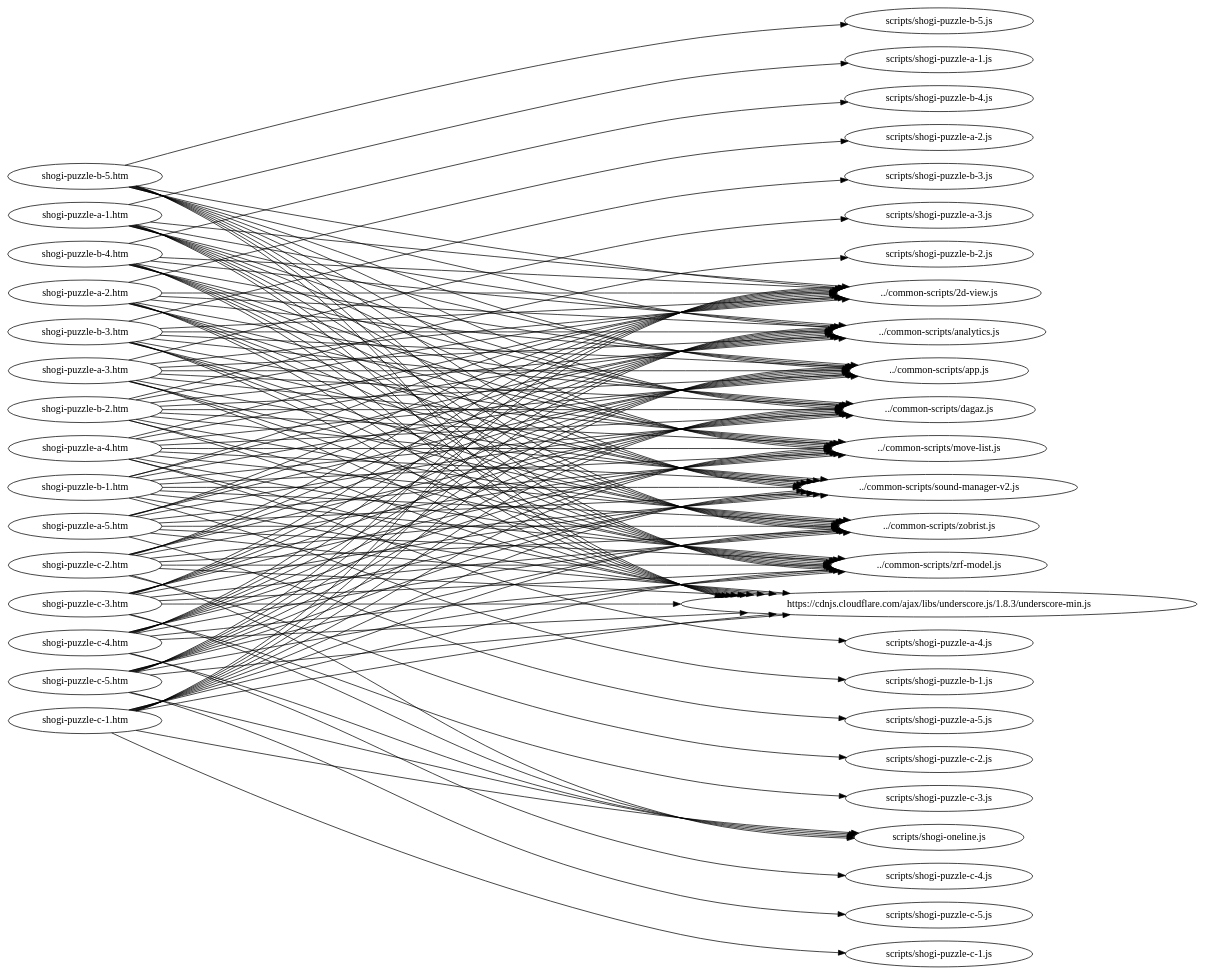
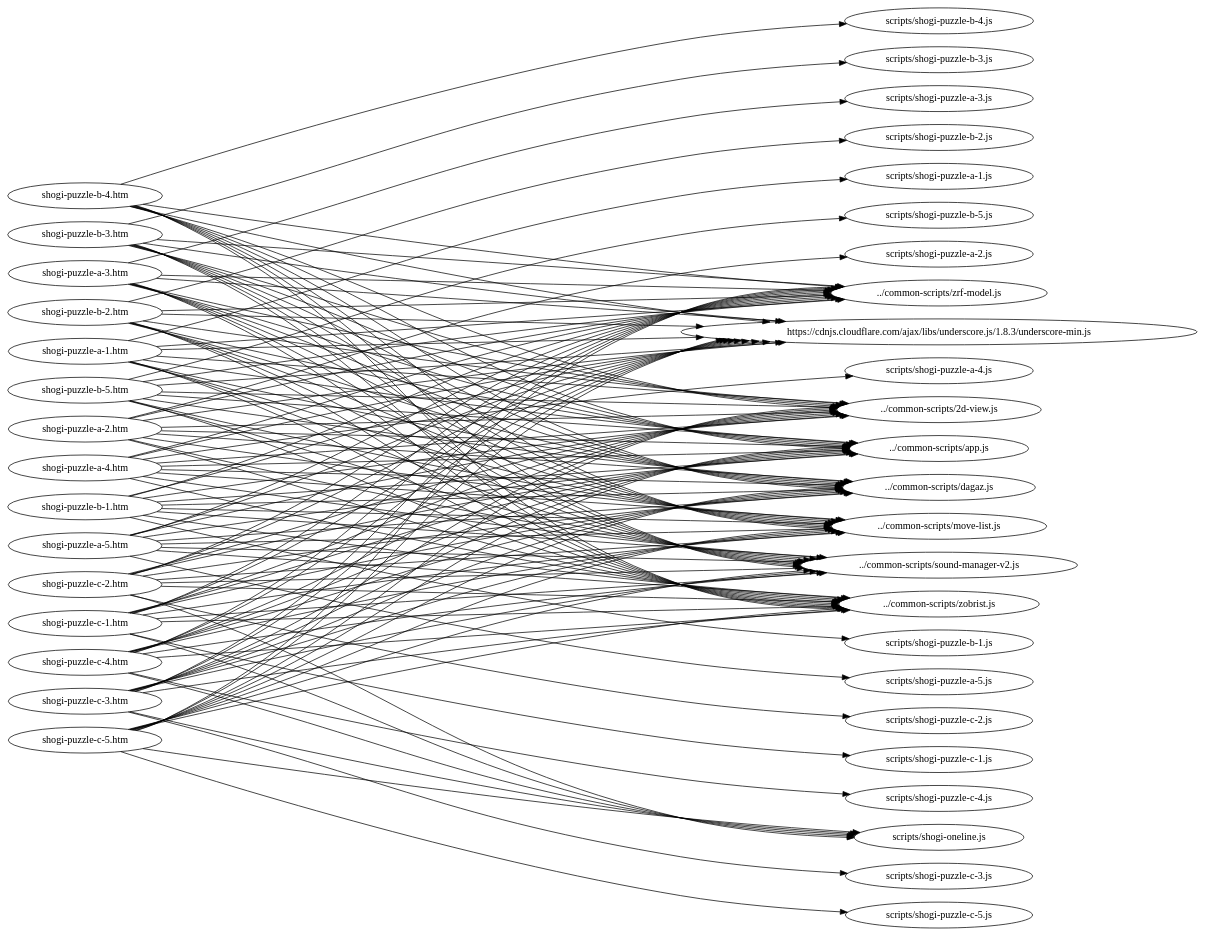
Before and after one commit to stepney141/GlukKazan.github.io: the diagram in refactor-utils/dot/shogi-puzzles.dot, drawn with Graphviz. The commit also changed 49 other files, not shown here.

```diff
--- a/refactor-utils/dot/shogi-puzzles.dot
+++ b/refactor-utils/dot/shogi-puzzles.dot
@@ -1,158 +1,143 @@
 digraph "graph" {
 graph[ ranksep=10, rankdir = LR ];
   "shogi-puzzle-a-1.htm" -> "../common-scripts/2d-view.js";
-  "shogi-puzzle-a-1.htm" -> "../common-scripts/analytics.js";
   "shogi-puzzle-a-1.htm" -> "../common-scripts/app.js";
   "shogi-puzzle-a-1.htm" -> "../common-scripts/dagaz.js";
   "shogi-puzzle-a-1.htm" -> "../common-scripts/move-list.js";
   "shogi-puzzle-a-1.htm" -> "../common-scripts/sound-manager-v2.js";
   "shogi-puzzle-a-1.htm" -> "../common-scripts/zobrist.js";
   "shogi-puzzle-a-1.htm" -> "../common-scripts/zrf-model.js";
   "shogi-puzzle-a-1.htm" -> "https://cdnjs.cloudflare.com/ajax/libs/underscore.js/1.8.3/underscore-min.js";
   "shogi-puzzle-a-1.htm" -> "scripts/shogi-puzzle-a-1.js";
   "shogi-puzzle-a-2.htm" -> "../common-scripts/2d-view.js";
-  "shogi-puzzle-a-2.htm" -> "../common-scripts/analytics.js";
   "shogi-puzzle-a-2.htm" -> "../common-scripts/app.js";
   "shogi-puzzle-a-2.htm" -> "../common-scripts/dagaz.js";
   "shogi-puzzle-a-2.htm" -> "../common-scripts/move-list.js";
   "shogi-puzzle-a-2.htm" -> "../common-scripts/sound-manager-v2.js";
   "shogi-puzzle-a-2.htm" -> "../common-scripts/zobrist.js";
   "shogi-puzzle-a-2.htm" -> "../common-scripts/zrf-model.js";
   "shogi-puzzle-a-2.htm" -> "https://cdnjs.cloudflare.com/ajax/libs/underscore.js/1.8.3/underscore-min.js";
   "shogi-puzzle-a-2.htm" -> "scripts/shogi-puzzle-a-2.js";
   "shogi-puzzle-a-3.htm" -> "../common-scripts/2d-view.js";
-  "shogi-puzzle-a-3.htm" -> "../common-scripts/analytics.js";
   "shogi-puzzle-a-3.htm" -> "../common-scripts/app.js";
   "shogi-puzzle-a-3.htm" -> "../common-scripts/dagaz.js";
   "shogi-puzzle-a-3.htm" -> "../common-scripts/move-list.js";
   "shogi-puzzle-a-3.htm" -> "../common-scripts/sound-manager-v2.js";
   "shogi-puzzle-a-3.htm" -> "../common-scripts/zobrist.js";
   "shogi-puzzle-a-3.htm" -> "../common-scripts/zrf-model.js";
   "shogi-puzzle-a-3.htm" -> "https://cdnjs.cloudflare.com/ajax/libs/underscore.js/1.8.3/underscore-min.js";
   "shogi-puzzle-a-3.htm" -> "scripts/shogi-puzzle-a-3.js";
   "shogi-puzzle-a-4.htm" -> "../common-scripts/2d-view.js";
-  "shogi-puzzle-a-4.htm" -> "../common-scripts/analytics.js";
   "shogi-puzzle-a-4.htm" -> "../common-scripts/app.js";
   "shogi-puzzle-a-4.htm" -> "../common-scripts/dagaz.js";
   "shogi-puzzle-a-4.htm" -> "../common-scripts/move-list.js";
   "shogi-puzzle-a-4.htm" -> "../common-scripts/sound-manager-v2.js";
   "shogi-puzzle-a-4.htm" -> "../common-scripts/zobrist.js";
   "shogi-puzzle-a-4.htm" -> "../common-scripts/zrf-model.js";
   "shogi-puzzle-a-4.htm" -> "https://cdnjs.cloudflare.com/ajax/libs/underscore.js/1.8.3/underscore-min.js";
   "shogi-puzzle-a-4.htm" -> "scripts/shogi-puzzle-a-4.js";
   "shogi-puzzle-a-5.htm" -> "../common-scripts/2d-view.js";
-  "shogi-puzzle-a-5.htm" -> "../common-scripts/analytics.js";
   "shogi-puzzle-a-5.htm" -> "../common-scripts/app.js";
   "shogi-puzzle-a-5.htm" -> "../common-scripts/dagaz.js";
   "shogi-puzzle-a-5.htm" -> "../common-scripts/move-list.js";
   "shogi-puzzle-a-5.htm" -> "../common-scripts/sound-manager-v2.js";
   "shogi-puzzle-a-5.htm" -> "../common-scripts/zobrist.js";
   "shogi-puzzle-a-5.htm" -> "../common-scripts/zrf-model.js";
   "shogi-puzzle-a-5.htm" -> "https://cdnjs.cloudflare.com/ajax/libs/underscore.js/1.8.3/underscore-min.js";
   "shogi-puzzle-a-5.htm" -> "scripts/shogi-puzzle-a-5.js";
   "shogi-puzzle-b-1.htm" -> "../common-scripts/2d-view.js";
-  "shogi-puzzle-b-1.htm" -> "../common-scripts/analytics.js";
   "shogi-puzzle-b-1.htm" -> "../common-scripts/app.js";
   "shogi-puzzle-b-1.htm" -> "../common-scripts/dagaz.js";
   "shogi-puzzle-b-1.htm" -> "../common-scripts/move-list.js";
   "shogi-puzzle-b-1.htm" -> "../common-scripts/sound-manager-v2.js";
   "shogi-puzzle-b-1.htm" -> "../common-scripts/zobrist.js";
   "shogi-puzzle-b-1.htm" -> "../common-scripts/zrf-model.js";
   "shogi-puzzle-b-1.htm" -> "https://cdnjs.cloudflare.com/ajax/libs/underscore.js/1.8.3/underscore-min.js";
   "shogi-puzzle-b-1.htm" -> "scripts/shogi-puzzle-b-1.js";
   "shogi-puzzle-b-2.htm" -> "../common-scripts/2d-view.js";
-  "shogi-puzzle-b-2.htm" -> "../common-scripts/analytics.js";
   "shogi-puzzle-b-2.htm" -> "../common-scripts/app.js";
   "shogi-puzzle-b-2.htm" -> "../common-scripts/dagaz.js";
   "shogi-puzzle-b-2.htm" -> "../common-scripts/move-list.js";
   "shogi-puzzle-b-2.htm" -> "../common-scripts/sound-manager-v2.js";
   "shogi-puzzle-b-2.htm" -> "../common-scripts/zobrist.js";
   "shogi-puzzle-b-2.htm" -> "../common-scripts/zrf-model.js";
   "shogi-puzzle-b-2.htm" -> "https://cdnjs.cloudflare.com/ajax/libs/underscore.js/1.8.3/underscore-min.js";
   "shogi-puzzle-b-2.htm" -> "scripts/shogi-puzzle-b-2.js";
   "shogi-puzzle-b-3.htm" -> "../common-scripts/2d-view.js";
-  "shogi-puzzle-b-3.htm" -> "../common-scripts/analytics.js";
   "shogi-puzzle-b-3.htm" -> "../common-scripts/app.js";
   "shogi-puzzle-b-3.htm" -> "../common-scripts/dagaz.js";
   "shogi-puzzle-b-3.htm" -> "../common-scripts/move-list.js";
   "shogi-puzzle-b-3.htm" -> "../common-scripts/sound-manager-v2.js";
   "shogi-puzzle-b-3.htm" -> "../common-scripts/zobrist.js";
   "shogi-puzzle-b-3.htm" -> "../common-scripts/zrf-model.js";
   "shogi-puzzle-b-3.htm" -> "https://cdnjs.cloudflare.com/ajax/libs/underscore.js/1.8.3/underscore-min.js";
   "shogi-puzzle-b-3.htm" -> "scripts/shogi-puzzle-b-3.js";
   "shogi-puzzle-b-4.htm" -> "../common-scripts/2d-view.js";
-  "shogi-puzzle-b-4.htm" -> "../common-scripts/analytics.js";
   "shogi-puzzle-b-4.htm" -> "../common-scripts/app.js";
   "shogi-puzzle-b-4.htm" -> "../common-scripts/dagaz.js";
   "shogi-puzzle-b-4.htm" -> "../common-scripts/move-list.js";
   "shogi-puzzle-b-4.htm" -> "../common-scripts/sound-manager-v2.js";
   "shogi-puzzle-b-4.htm" -> "../common-scripts/zobrist.js";
   "shogi-puzzle-b-4.htm" -> "../common-scripts/zrf-model.js";
   "shogi-puzzle-b-4.htm" -> "https://cdnjs.cloudflare.com/ajax/libs/underscore.js/1.8.3/underscore-min.js";
   "shogi-puzzle-b-4.htm" -> "scripts/shogi-puzzle-b-4.js";
   "shogi-puzzle-b-5.htm" -> "../common-scripts/2d-view.js";
-  "shogi-puzzle-b-5.htm" -> "../common-scripts/analytics.js";
   "shogi-puzzle-b-5.htm" -> "../common-scripts/app.js";
   "shogi-puzzle-b-5.htm" -> "../common-scripts/dagaz.js";
   "shogi-puzzle-b-5.htm" -> "../common-scripts/move-list.js";
   "shogi-puzzle-b-5.htm" -> "../common-scripts/sound-manager-v2.js";
   "shogi-puzzle-b-5.htm" -> "../common-scripts/zobrist.js";
   "shogi-puzzle-b-5.htm" -> "../common-scripts/zrf-model.js";
   "shogi-puzzle-b-5.htm" -> "https://cdnjs.cloudflare.com/ajax/libs/underscore.js/1.8.3/underscore-min.js";
   "shogi-puzzle-b-5.htm" -> "scripts/shogi-puzzle-b-5.js";
   "shogi-puzzle-c-1.htm" -> "../common-scripts/2d-view.js";
-  "shogi-puzzle-c-1.htm" -> "../common-scripts/analytics.js";
   "shogi-puzzle-c-1.htm" -> "../common-scripts/app.js";
   "shogi-puzzle-c-1.htm" -> "../common-scripts/dagaz.js";
   "shogi-puzzle-c-1.htm" -> "../common-scripts/move-list.js";
   "shogi-puzzle-c-1.htm" -> "../common-scripts/sound-manager-v2.js";
   "shogi-puzzle-c-1.htm" -> "../common-scripts/zobrist.js";
   "shogi-puzzle-c-1.htm" -> "../common-scripts/zrf-model.js";
   "shogi-puzzle-c-1.htm" -> "https://cdnjs.cloudflare.com/ajax/libs/underscore.js/1.8.3/underscore-min.js";
   "shogi-puzzle-c-1.htm" -> "scripts/shogi-oneline.js";
   "shogi-puzzle-c-1.htm" -> "scripts/shogi-puzzle-c-1.js";
   "shogi-puzzle-c-2.htm" -> "../common-scripts/2d-view.js";
-  "shogi-puzzle-c-2.htm" -> "../common-scripts/analytics.js";
   "shogi-puzzle-c-2.htm" -> "../common-scripts/app.js";
   "shogi-puzzle-c-2.htm" -> "../common-scripts/dagaz.js";
   "shogi-puzzle-c-2.htm" -> "../common-scripts/move-list.js";
   "shogi-puzzle-c-2.htm" -> "../common-scripts/sound-manager-v2.js";
   "shogi-puzzle-c-2.htm" -> "../common-scripts/zobrist.js";
   "shogi-puzzle-c-2.htm" -> "../common-scripts/zrf-model.js";
   "shogi-puzzle-c-2.htm" -> "https://cdnjs.cloudflare.com/ajax/libs/underscore.js/1.8.3/underscore-min.js";
   "shogi-puzzle-c-2.htm" -> "scripts/shogi-oneline.js";
   "shogi-puzzle-c-2.htm" -> "scripts/shogi-puzzle-c-2.js";
   "shogi-puzzle-c-3.htm" -> "../common-scripts/2d-view.js";
-  "shogi-puzzle-c-3.htm" -> "../common-scripts/analytics.js";
   "shogi-puzzle-c-3.htm" -> "../common-scripts/app.js";
   "shogi-puzzle-c-3.htm" -> "../common-scripts/dagaz.js";
   "shogi-puzzle-c-3.htm" -> "../common-scripts/move-list.js";
   "shogi-puzzle-c-3.htm" -> "../common-scripts/sound-manager-v2.js";
   "shogi-puzzle-c-3.htm" -> "../common-scripts/zobrist.js";
   "shogi-puzzle-c-3.htm" -> "../common-scripts/zrf-model.js";
   "shogi-puzzle-c-3.htm" -> "https://cdnjs.cloudflare.com/ajax/libs/underscore.js/1.8.3/underscore-min.js";
   "shogi-puzzle-c-3.htm" -> "scripts/shogi-oneline.js";
   "shogi-puzzle-c-3.htm" -> "scripts/shogi-puzzle-c-3.js";
   "shogi-puzzle-c-4.htm" -> "../common-scripts/2d-view.js";
-  "shogi-puzzle-c-4.htm" -> "../common-scripts/analytics.js";
   "shogi-puzzle-c-4.htm" -> "../common-scripts/app.js";
   "shogi-puzzle-c-4.htm" -> "../common-scripts/dagaz.js";
   "shogi-puzzle-c-4.htm" -> "../common-scripts/move-list.js";
   "shogi-puzzle-c-4.htm" -> "../common-scripts/sound-manager-v2.js";
   "shogi-puzzle-c-4.htm" -> "../common-scripts/zobrist.js";
   "shogi-puzzle-c-4.htm" -> "../common-scripts/zrf-model.js";
   "shogi-puzzle-c-4.htm" -> "https://cdnjs.cloudflare.com/ajax/libs/underscore.js/1.8.3/underscore-min.js";
   "shogi-puzzle-c-4.htm" -> "scripts/shogi-oneline.js";
   "shogi-puzzle-c-4.htm" -> "scripts/shogi-puzzle-c-4.js";
   "shogi-puzzle-c-5.htm" -> "../common-scripts/2d-view.js";
-  "shogi-puzzle-c-5.htm" -> "../common-scripts/analytics.js";
   "shogi-puzzle-c-5.htm" -> "../common-scripts/app.js";
   "shogi-puzzle-c-5.htm" -> "../common-scripts/dagaz.js";
   "shogi-puzzle-c-5.htm" -> "../common-scripts/move-list.js";
   "shogi-puzzle-c-5.htm" -> "../common-scripts/sound-manager-v2.js";
   "shogi-puzzle-c-5.htm" -> "../common-scripts/zobrist.js";
   "shogi-puzzle-c-5.htm" -> "../common-scripts/zrf-model.js";
   "shogi-puzzle-c-5.htm" -> "https://cdnjs.cloudflare.com/ajax/libs/underscore.js/1.8.3/underscore-min.js";
   "shogi-puzzle-c-5.htm" -> "scripts/shogi-oneline.js";
   "shogi-puzzle-c-5.htm" -> "scripts/shogi-puzzle-c-5.js";
 }
```
